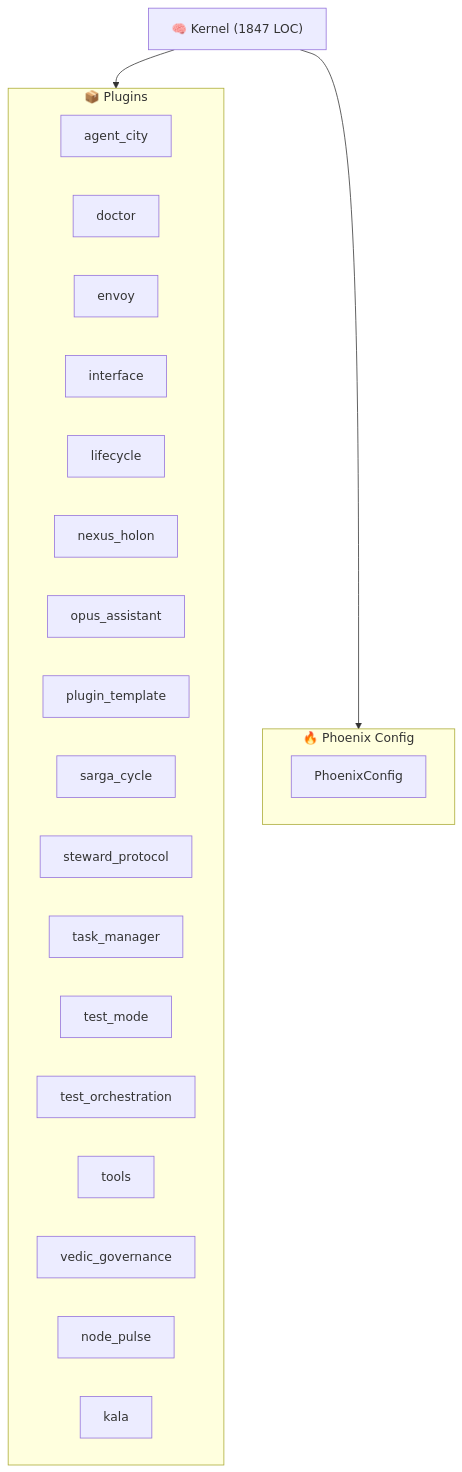
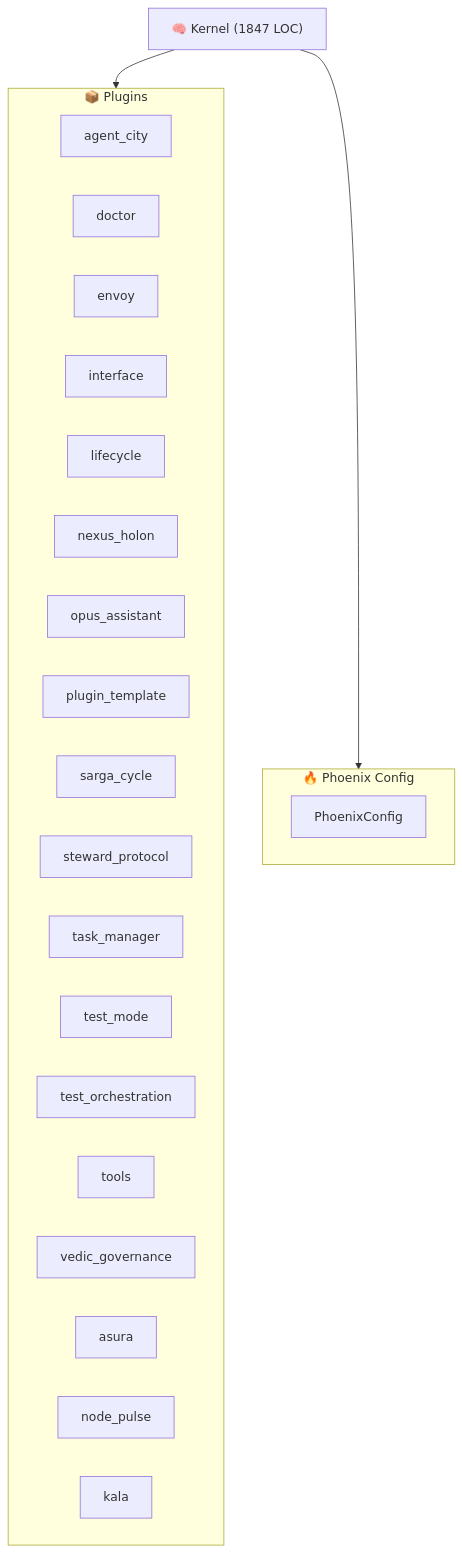
Before and after one commit to kimeisele/steward-protocol: the diagram in ARCHITECTURE.md, drawn with Mermaid. The commit also changed other lines of this file and 16 other files, not shown here.

````diff
--- a/ARCHITECTURE.md
+++ b/ARCHITECTURE.md
@@ -8,28 +8,29 @@
 ```mermaid
 graph TB
     K["🧠 Kernel (1847 LOC)"]
     subgraph Plugins["📦 Plugins"]
         P_agent_city["agent_city"]
         P_doctor["doctor"]
         P_envoy["envoy"]
         P_interface["interface"]
         P_lifecycle["lifecycle"]
         P_nexus_holon["nexus_holon"]
         P_opus_assistant["opus_assistant"]
         P_plugin_template["plugin_template"]
         P_sarga_cycle["sarga_cycle"]
         P_steward_protocol["steward_protocol"]
         P_task_manager["task_manager"]
         P_test_mode["test_mode"]
         P_test_orchestration["test_orchestration"]
         P_tools["tools"]
         P_vedic_governance["vedic_governance"]
+        P_asura["asura"]
         P_node_pulse["node_pulse"]
         P_kala["kala"]
     end
     K --> Plugins
     subgraph Config["🔥 Phoenix Config"]
         PC[PhoenixConfig]
     end
     K --> Config
 ```
````
